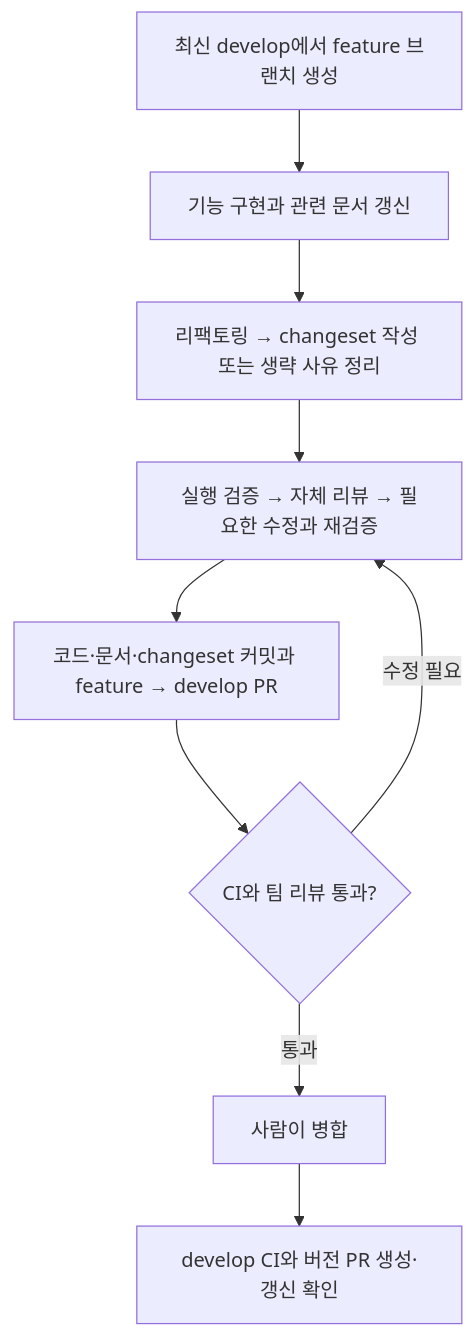
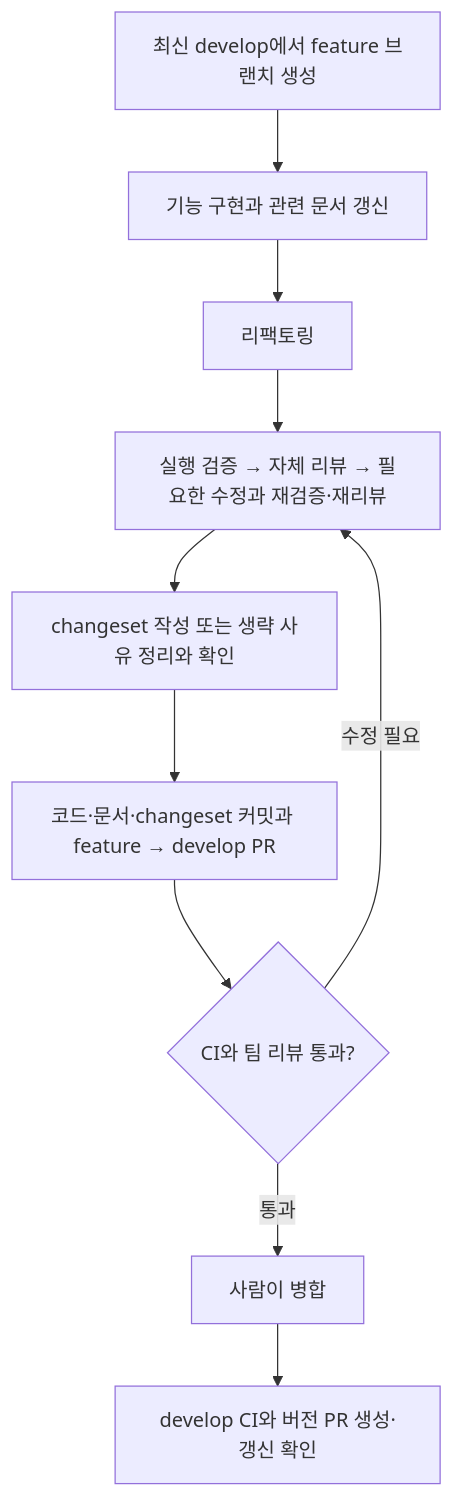
One commit to gdg-hongik-univ/gdg-hongik changed the first of 2 diagrams in docs/release-workflow.md. Above: the diagram before and after it, drawn with Mermaid. The commit also changed other lines of this file and 15 other files, not shown here.

````diff
--- a/docs/release-workflow.md
+++ b/docs/release-workflow.md
@@ -9,11 +9,12 @@
 ```mermaid
 flowchart TD
     A[최신 develop에서 feature 브랜치 생성] --> B[기능 구현과 관련 문서 갱신]
-    B --> C[리팩토링 → changeset 작성 또는 생략 사유 정리]
-    C --> D[실행 검증 → 자체 리뷰 → 필요한 수정과 재검증]
-    D --> E[코드·문서·changeset 커밋과 feature → develop PR]
+    B --> C[리팩토링]
+    C --> D[실행 검증 → 자체 리뷰 → 필요한 수정과 재검증·재리뷰]
+    D --> P[changeset 작성 또는 생략 사유 정리와 확인]
+    P --> E[코드·문서·changeset 커밋과 feature → develop PR]
     E --> F{CI와 팀 리뷰 통과?}
     F -->|수정 필요| D
     F -->|통과| G[사람이 병합]
     G --> H[develop CI와 버전 PR 생성·갱신 확인]
 ```
````
